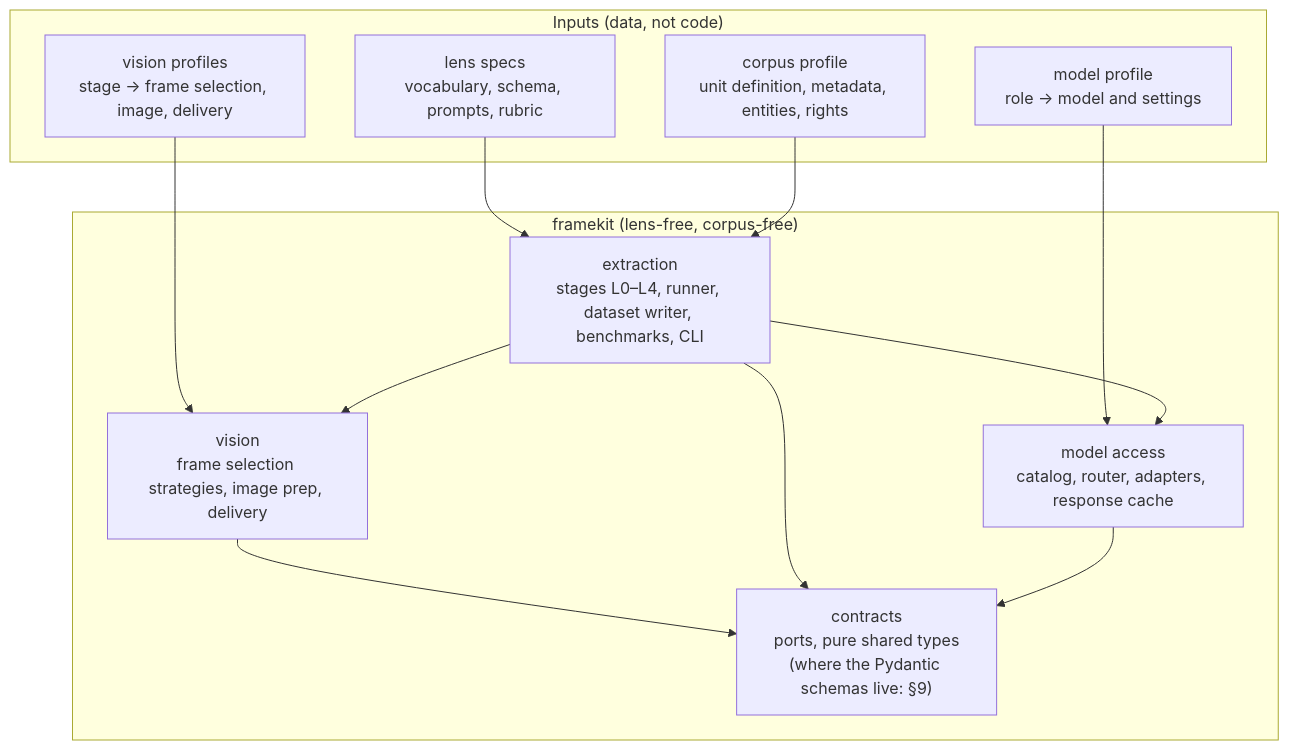
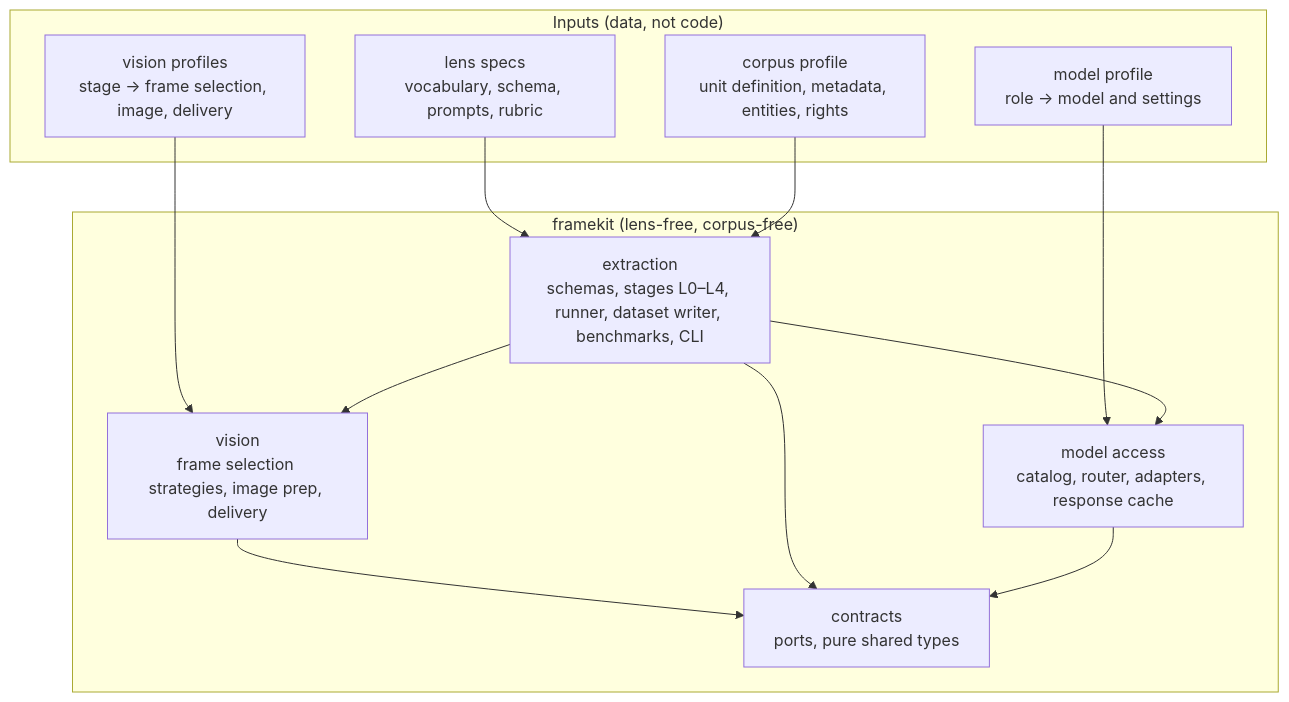
The first of 6 diagrams in docs/DESIGN.md (edyhtan/framekit), drawn with Mermaid before and after one commit. The commit also changed other lines of this file and 15 other files, not shown here.

````diff
--- a/docs/DESIGN.md
+++ b/docs/DESIGN.md
@@ -28,24 +28,24 @@
 ```mermaid
 flowchart TB
     subgraph IN["Inputs (data, not code)"]
         LS["lens specs<br/>vocabulary, schema, prompts, rubric"]
         CP["corpus profile<br/>unit definition, metadata, entities, rights"]
         MP["model profile<br/>role → model and settings"]
         VP["vision profiles<br/>stage → frame selection, image, delivery"]
     end
     subgraph ENG["framekit (lens-free, corpus-free)"]
-        EX["extraction<br/>stages L0–L4, runner, dataset writer, benchmarks, CLI"]
+        EX["extraction<br/>schemas, stages L0–L4, runner, dataset writer, benchmarks, CLI"]
         MA["model access<br/>catalog, router, adapters, response cache"]
         VI["vision<br/>frame selection strategies, image prep, delivery"]
-        CT["contracts<br/>ports, pure shared types<br/>(where the Pydantic schemas live: §9)"]
+        CT["contracts<br/>ports, pure shared types"]
     end
     LS --> EX
     CP --> EX
     MP --> MA
     VP --> VI
     EX --> MA
     EX --> VI
     VI --> CT
     EX --> CT
     MA --> CT
 ```
````
